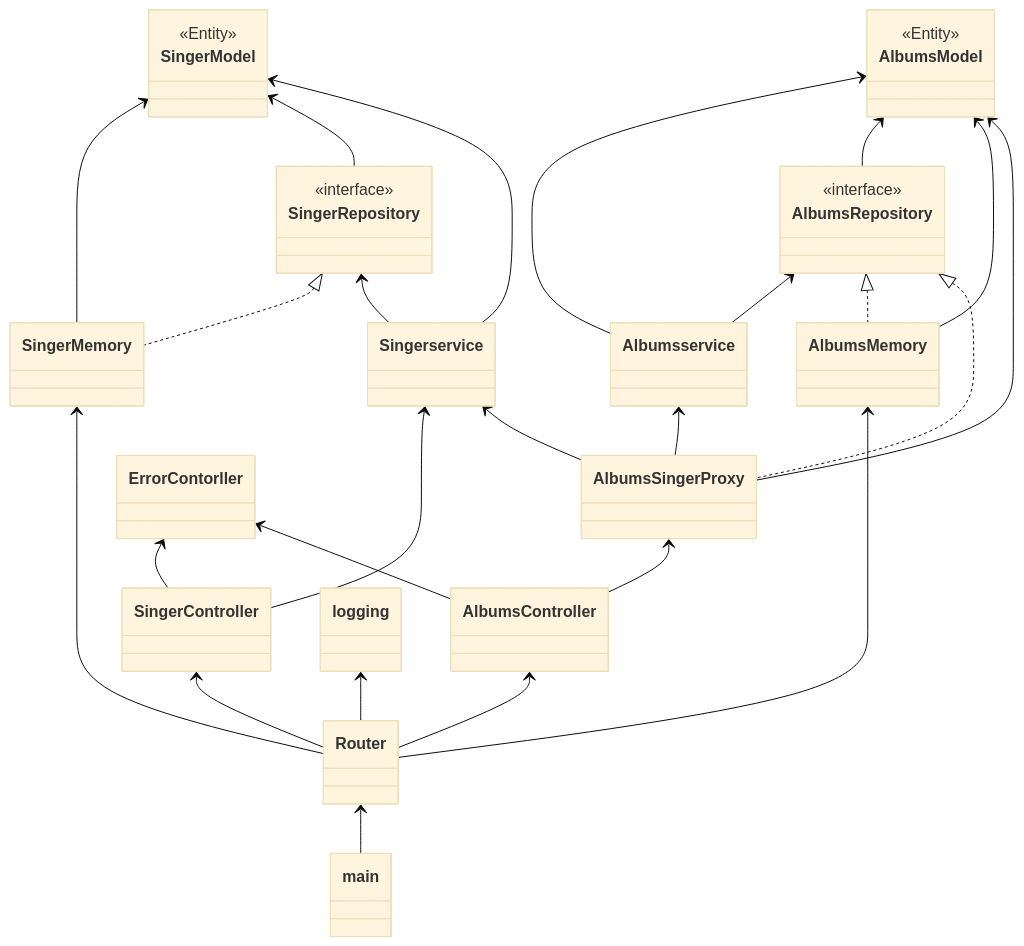
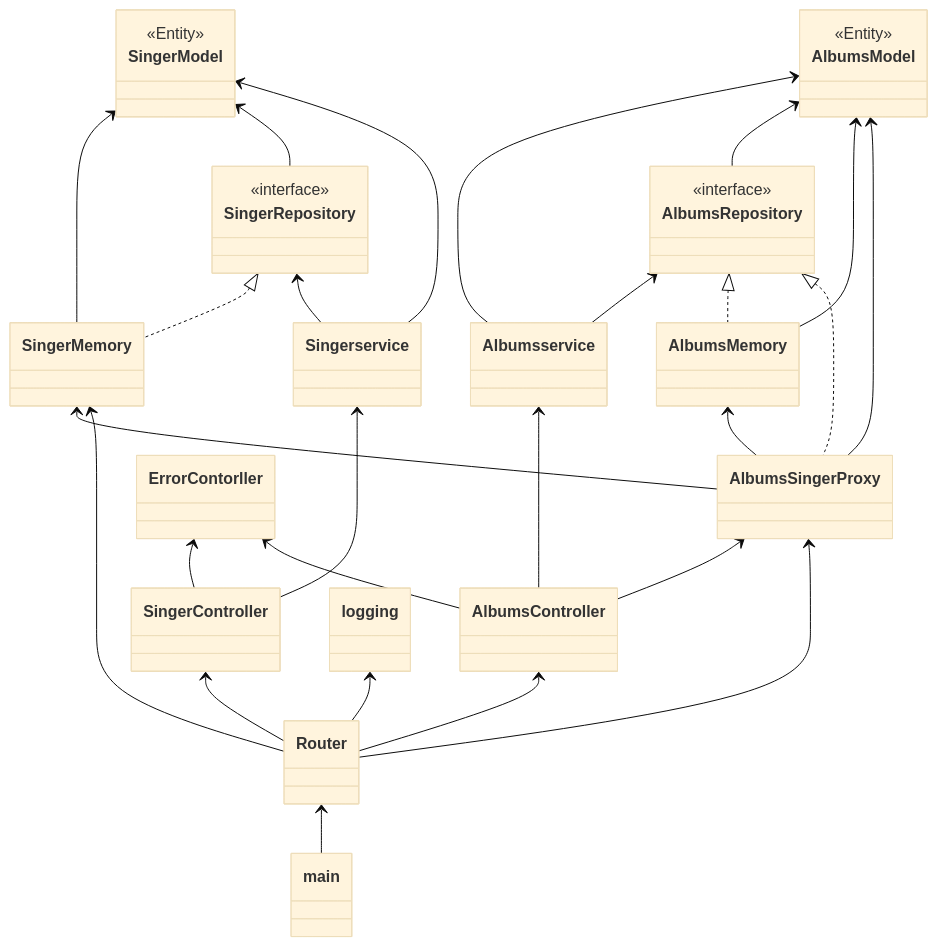
One commit to touka-aoi/server-recruit-challenge-2024 changed the diagram in architecture.md. Above: the diagram before and after it, drawn with Mermaid (base theme).

Commit message:
アーキテクチャの更新

````diff
--- a/architecture.md
+++ b/architecture.md
@@ -1,65 +1,66 @@
 ```mermaid
 classDiagram
 
 class Singerservice
 class SingerRepository
 class SingerModel
 class SingerMemory
 class SingerController
 <<interface>> SingerRepository
 <<Entity>> SingerModel
 
 class Albumsservice
 class AlbumsRepository
 class AlbumsModel
 class AlbumsMemory
 class AlbumsController
 <<interface>> AlbumsRepository
 <<Entity>> AlbumsModel
 
 class AlbumsSingerProxy
 
 class Router
 class logging
 
 class main
 class ErrorContorller
 
 SingerModel <-- SingerMemory
 SingerRepository <|.. SingerMemory
 SingerModel <-- SingerRepository
 SingerModel <-- Singerservice
 SingerRepository <-- Singerservice
 Singerservice <-- SingerController
 ErrorContorller <-- SingerController
 
 ErrorContorller <-- AlbumsController
 
-%% Albumsservice <-- AlbumsController
+Albumsservice <-- AlbumsController
 AlbumsRepository <-- Albumsservice
 AlbumsModel <-- Albumsservice
 AlbumsModel <-- AlbumsRepository
 AlbumsModel <-- AlbumsMemory
 AlbumsRepository <|.. AlbumsMemory
 
 AlbumsSingerProxy <-- AlbumsController
 AlbumsRepository <|.. AlbumsSingerProxy 
 AlbumsModel <-- AlbumsSingerProxy
-Albumsservice <-- AlbumsSingerProxy
-Singerservice <-- AlbumsSingerProxy
+AlbumsMemory <-- AlbumsSingerProxy
+SingerMemory <-- AlbumsSingerProxy
 
 logging <-- Router
 SingerMemory <-- Router
-AlbumsMemory <-- Router
+%% AlbumsMemory <-- Router
+AlbumsSingerProxy <-- Router
 SingerController <-- Router
 AlbumsController <-- Router
 Router <-- main
 
 %% AlbumsRepository <-- AlbumsSingerservice
 %% AlbumsModel <-- AlbumsSingerservice
 %% AlbumsSingerservice <-- AlbumsController
 
 
 
 
 ```
````
